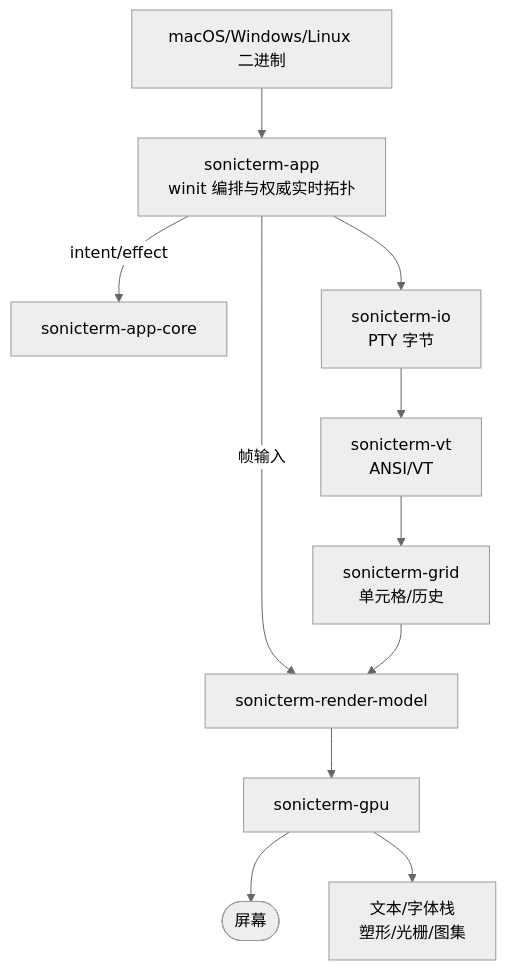
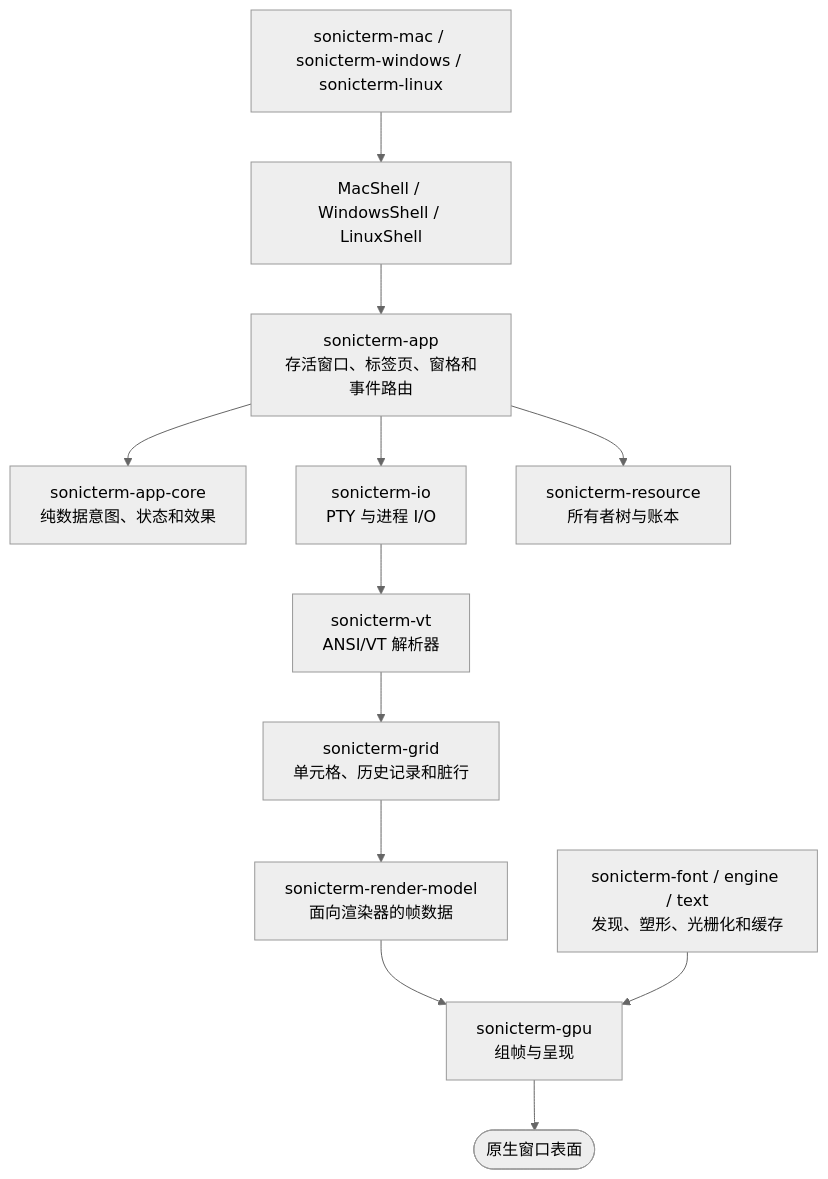
The second of 2 diagrams in wiki/Architecture.md (D0n9X1n/SonicTerm), drawn with Mermaid (neutral theme) before and after one commit. The commit also changed other lines of this file and 33 other files, not shown here.

````diff
--- a/wiki/Architecture.md
+++ b/wiki/Architecture.md
@@ -188,24 +245,21 @@
 ```mermaid
 flowchart TD
-    bin["macOS/Windows/Linux 二进制"]
-    app["sonicterm-app<br/>winit 编排与权威实时拓扑"]
-    core["sonicterm-app-core"]
-    rm["sonicterm-render-model"]
-    gpu["sonicterm-gpu"]
-    screen(["屏幕"])
-    io["sonicterm-io<br/>PTY 字节"]
-    vt["sonicterm-vt<br/>ANSI/VT"]
-    grid["sonicterm-grid<br/>单元格/历史"]
-    text["文本/字体栈<br/>塑形/光栅/图集"]
+    platform["sonicterm-mac / sonicterm-windows / sonicterm-linux"]
+    shell["MacShell / WindowsShell / LinuxShell"]
+    app["sonicterm-app<br/>存活窗口、标签页、窗格和事件路由"]
+    core["sonicterm-app-core<br/>纯数据意图、状态和效果"]
+    io["sonicterm-io<br/>PTY 与进程 I/O"]
+    vt["sonicterm-vt<br/>ANSI/VT 解析器"]
+    grid["sonicterm-grid<br/>单元格、历史记录和脏行"]
+    model["sonicterm-render-model<br/>面向渲染器的帧数据"]
+    font["sonicterm-font / engine / text<br/>发现、塑形、光栅化和缓存"]
+    gpu["sonicterm-gpu<br/>组帧与呈现"]
+    screen(["原生窗口表面"])
+    resource["sonicterm-resource<br/>所有者树与账本"]
 
-    bin --> app
-    app -- "intent/effect" --> core
-    app -- "帧输入" --> rm
-    app --> io
-    io --> vt
-    vt --> grid
-    grid --> rm
-    rm --> gpu
-    gpu --> screen
-    gpu --> text
+    platform --> shell --> app
+    app --> core
+    app --> io --> vt --> grid --> model --> gpu --> screen
+    font --> gpu
+    app --> resource
 ```
````
